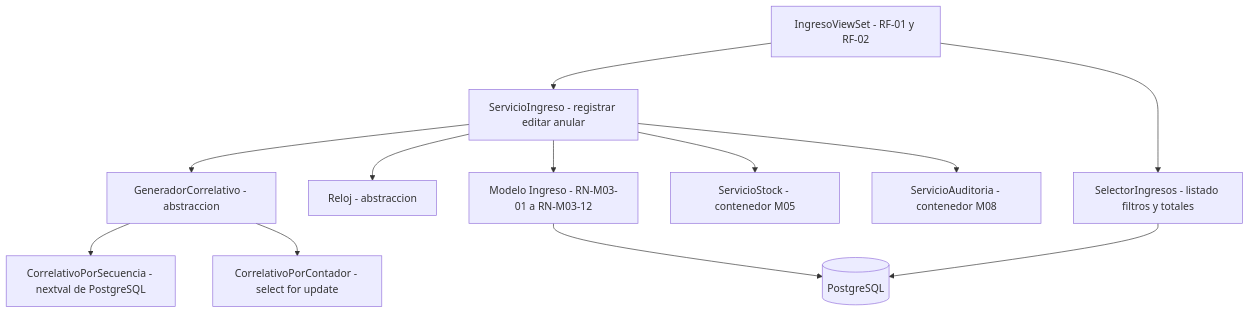
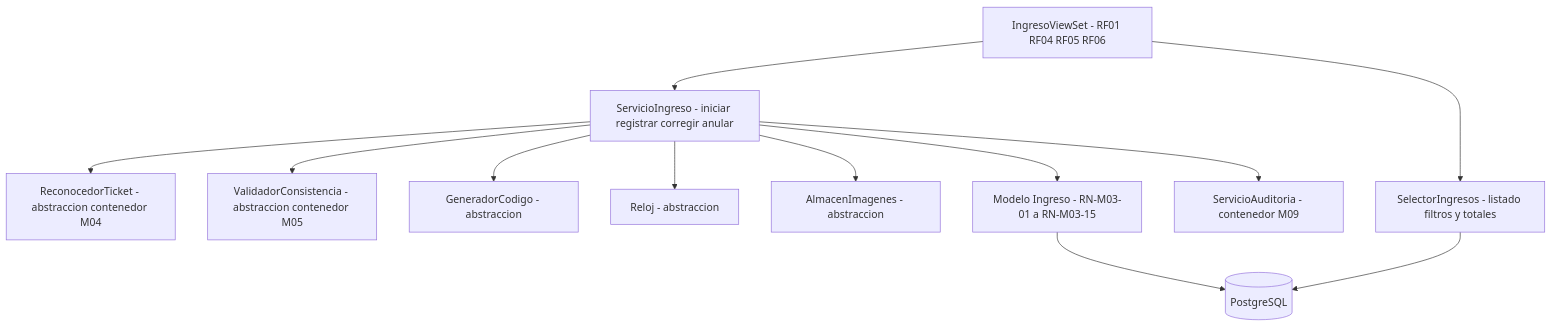
One commit to adlerOmonte1/LogisticaMinera changed the fourth of 7 diagrams in docs/model-c4/ARQ-03_Modelo_C4.md. Above: the diagram before and after it, drawn with Mermaid. The commit also changed other lines of this file, not shown here.

First line of the commit message:
docs(arquitectura): ARQ-03 Modelo C4 del sistema inteligente

````diff
--- a/docs/model-c4/ARQ-03_Modelo_C4.md
+++ b/docs/model-c4/ARQ-03_Modelo_C4.md
@@ -201,26 +199,26 @@
 ```mermaid
 flowchart TB
-    VIS["IngresoViewSet - RF-01 y RF-02"]
-    SRV["ServicioIngreso - registrar editar anular"]
-    GEN["GeneradorCorrelativo - abstraccion"]
-    G1["CorrelativoPorSecuencia - nextval de PostgreSQL"]
-    G2["CorrelativoPorContador - select for update"]
+    VIS["IngresoViewSet - RF01 RF04 RF05 RF06"]
+    SRV["ServicioIngreso - iniciar registrar corregir anular"]
+    REC["ReconocedorTicket - abstraccion contenedor M04"]
+    VAL["ValidadorConsistencia - abstraccion contenedor M05"]
+    GEN["GeneradorCodigo - abstraccion"]
     REL["Reloj - abstraccion"]
-    MOD["Modelo Ingreso - RN-M03-01 a RN-M03-12"]
+    IMG["AlmacenImagenes - abstraccion"]
+    MOD["Modelo Ingreso - RN-M03-01 a RN-M03-15"]
     SEL["SelectorIngresos - listado filtros y totales"]
-    STK["ServicioStock - contenedor M05"]
-    AUD["ServicioAuditoria - contenedor M08"]
+    AUD["ServicioAuditoria - contenedor M09"]
     DB[("PostgreSQL")]
 
     VIS --> SRV
     VIS --> SEL
+    SRV --> REC
+    SRV --> VAL
     SRV --> GEN
-    GEN --> G1
-    GEN --> G2
     SRV --> REL
+    SRV --> IMG
     SRV --> MOD
-    SRV --> STK
     SRV --> AUD
     MOD --> DB
     SEL --> DB
 ```
````
